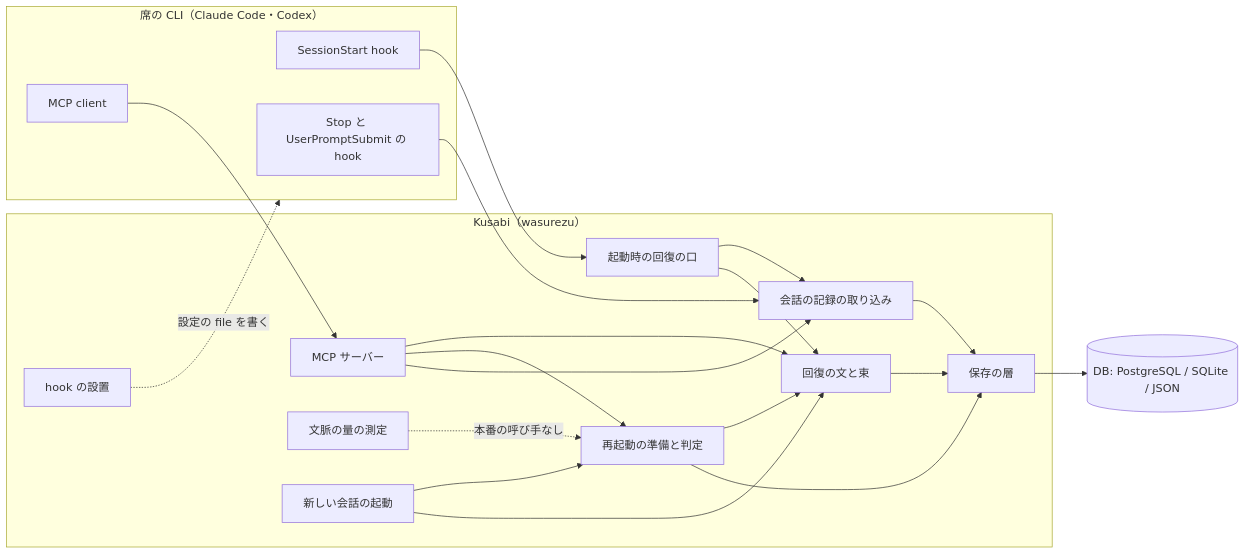
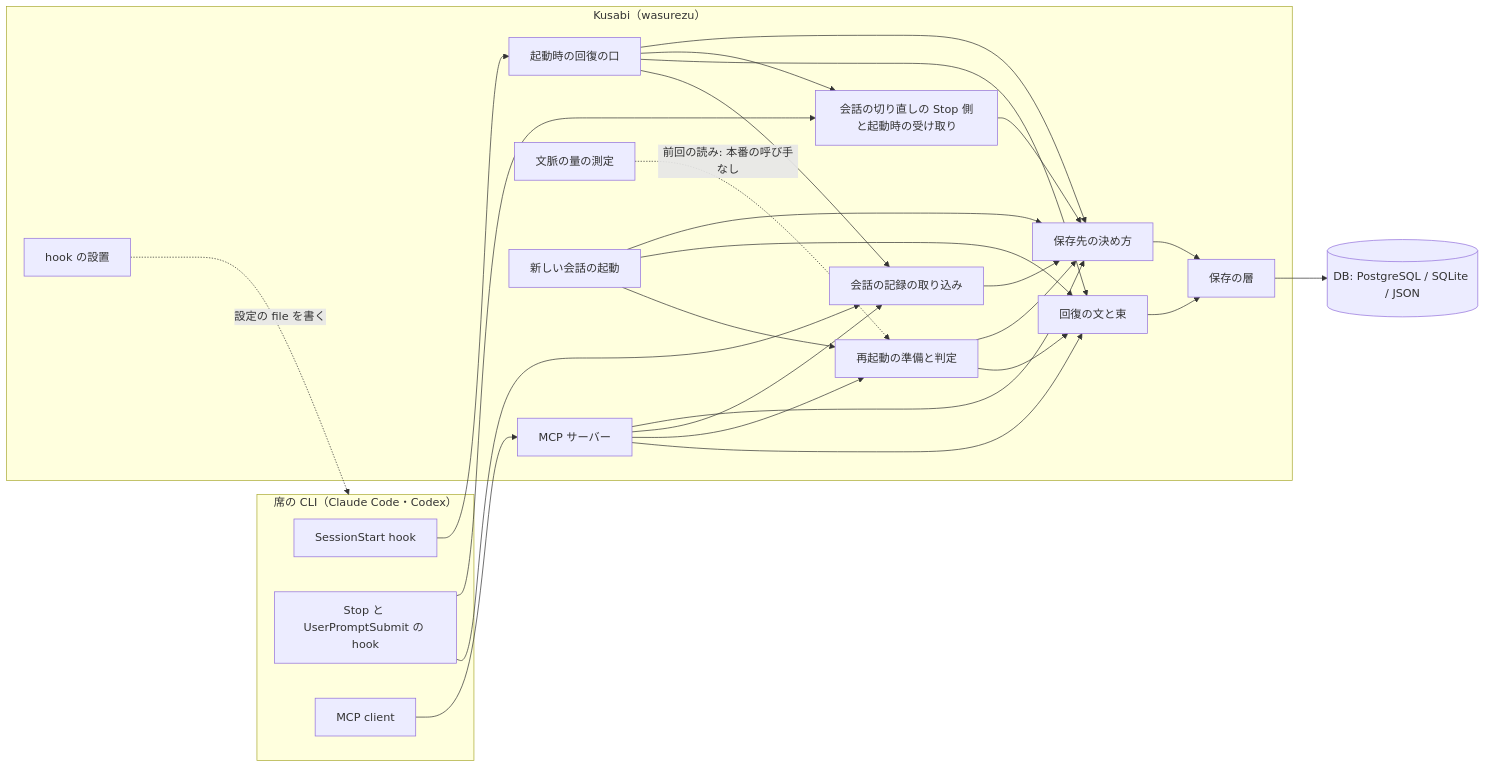
One commit to watchout/agent-memory changed the first of 6 diagrams in aidlc/spaces/default/codekb/agent-memory/architecture.md. Above: the diagram before and after it, drawn with Mermaid. The commit also changed other lines of this file and 18 other files, not shown here.

````diff
--- a/aidlc/spaces/default/codekb/agent-memory/architecture.md
+++ b/aidlc/spaces/default/codekb/agent-memory/architecture.md
@@ -22,37 +22,46 @@
 ```mermaid
 flowchart LR
   subgraph Host["席の CLI（Claude Code・Codex）"]
     SS["SessionStart hook"]
     ST["Stop と UserPromptSubmit の hook"]
     MC["MCP client"]
   end
   subgraph Kusabi["Kusabi（wasurezu）"]
     SSA["起動時の回復の口"]
     CAP["会話の記録の取り込み"]
+    ROT["会話の切り直しの Stop 側と起動時の受け取り"]
     MCP["MCP サーバー"]
     PACK["回復の文と束"]
     PREP["再起動の準備と判定"]
     MEAS["文脈の量の測定"]
     LAUNCH["新しい会話の起動"]
     INST["hook の設置"]
+    DECIDE["保存先の決め方"]
     STORE["保存の層"]
   end
   DB[("DB: PostgreSQL / SQLite / JSON")]
   SS --> SSA
   ST --> CAP
+  ST --> ROT
   MC --> MCP
   SSA --> CAP
   SSA --> PACK
+  SSA --> ROT
   MCP --> PACK
   MCP --> PREP
   MCP --> CAP
   PREP --> PACK
   LAUNCH --> PREP
   LAUNCH --> PACK
   PACK --> STORE
-  CAP --> STORE
-  PREP --> STORE
+  CAP --> DECIDE
+  ROT --> DECIDE
+  SSA --> DECIDE
+  MCP --> DECIDE
+  LAUNCH --> DECIDE
+  PREP --> DECIDE
+  DECIDE --> STORE
   STORE --> DB
   INST -.->|設定の file を書く| Host
-  MEAS -.->|本番の呼び手なし| PREP
+  MEAS -.->|前回の読み: 本番の呼び手なし| PREP
 ```
````
